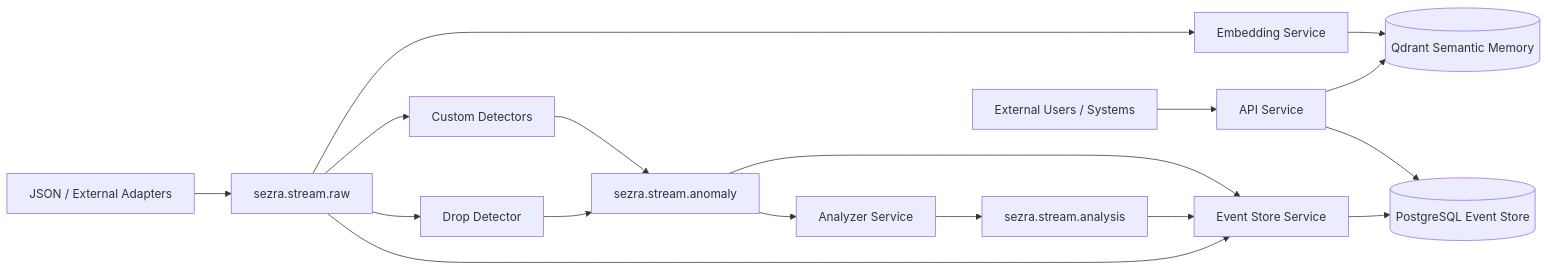
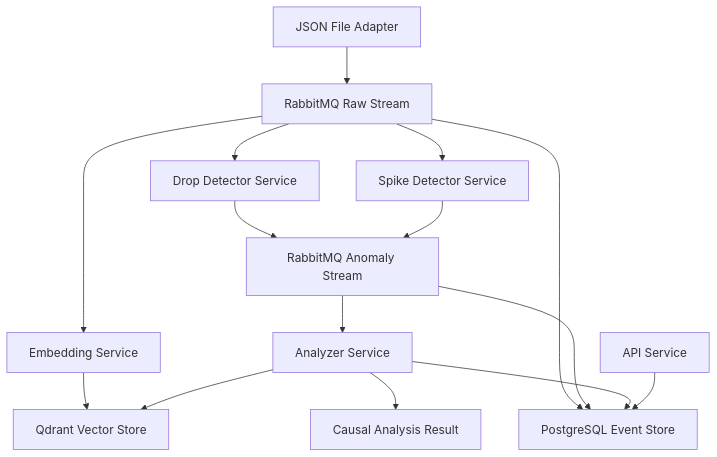
Before and after one commit to orhangezginci/sezra: the diagram in README.md, drawn with Mermaid. The commit also changed other lines of this file, not shown here.

````diff
--- a/README.md
+++ b/README.md
@@ -80,27 +19,42 @@
 ```mermaid
-flowchart LR
-    A[JSON / External Adapters] --> R[sezra.stream.raw]
+flowchart TD
 
-    R --> E[Event Store Service]
-    E --> P[(PostgreSQL Event Store)]
+    A[JSON File Adapter]
+    B[RabbitMQ Raw Stream]
 
-    R --> D1[Drop Detector]
-    R --> D2[Custom Detectors]
+    C1[Drop Detector Service]
+    C2[Spike Detector Service]
 
-    D1 --> AN[sezra.stream.anomaly]
-    D2 --> AN
+    D[RabbitMQ Anomaly Stream]
 
-    AN --> AS[Analyzer Service]
-    AS --> AR[sezra.stream.analysis]
+    E[Analyzer Service]
+    F[Embedding Service]
 
-    AR --> E
-    AN --> E
-    R --> EM[Embedding Service]
+    G[Qdrant Vector Store]
+    H[PostgreSQL Event Store]
 
-    EM --> Q[(Qdrant Semantic Memory)]
+    I[API Service]
 
-    API[API Service] --> P
-    API --> Q
+    J[Causal Analysis Result]
 
-    U[External Users / Systems] --> API
+    A --> B
+
+    B --> C1
+    B --> C2
+    B --> F
+    B --> H
+
+    C1 --> D
+    C2 --> D
+
+    D --> E
+    D --> H
+
+    F --> G
+
+    E --> G
+    E --> J
+    E --> H
+
+    I --> H
 ```
````
